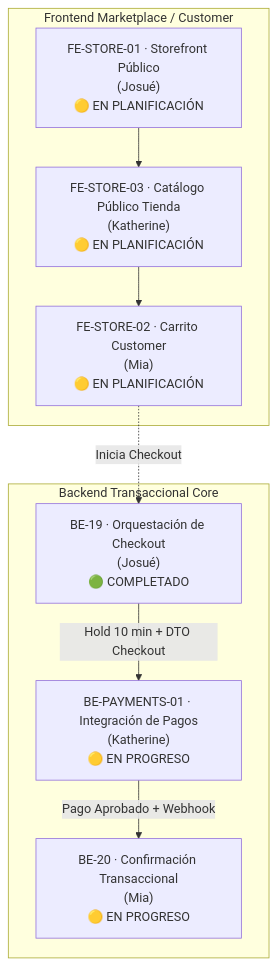
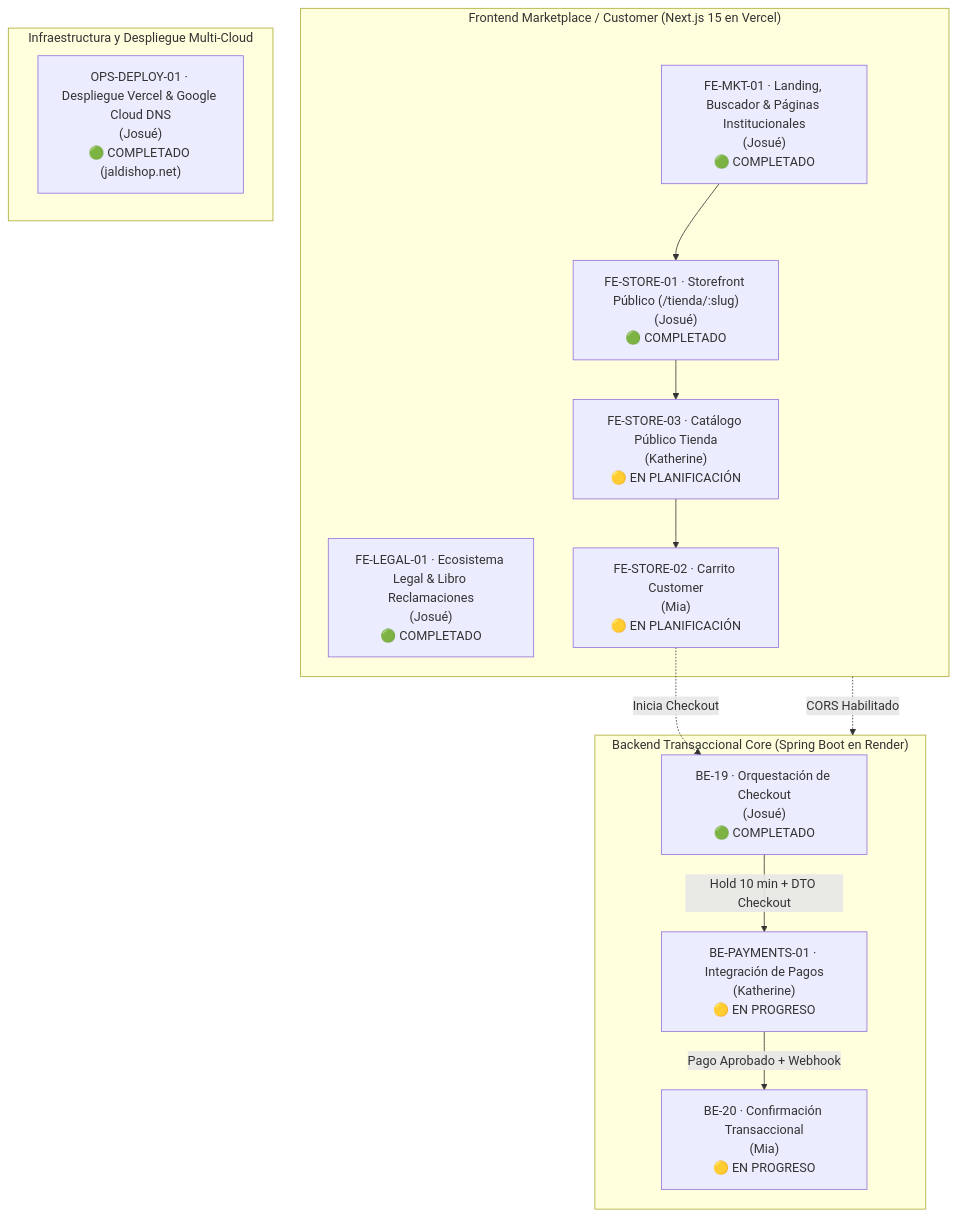
Before and after one commit to iJosueeh/jaldishop: the diagram in docs/06-scrum/sprint-04.md, drawn with Mermaid. The commit also changed other lines of this file and 114 other files, not shown here.

Commit message:
feat(merchant): complete onboarding flow, role sync, reactive auth signals and store lifecycle

````diff
--- a/docs/06-scrum/sprint-04.md
+++ b/docs/06-scrum/sprint-04.md
@@ -40,21 +43,30 @@
 ```mermaid
 flowchart TD
-    subgraph FRONTEND["Frontend Marketplace / Customer"]
-        FESTORE01["FE-STORE-01 · Storefront Público<br/>(Josué)<br/>🟡 EN PLANIFICACIÓN"]
+    subgraph FRONTEND["Frontend Marketplace / Customer (Next.js 15 en Vercel)"]
+        FEMKT01["FE-MKT-01 · Landing, Buscador & Páginas Institucionales<br/>(Josué)<br/>🟢 COMPLETADO"]
+        FELEGAL01["FE-LEGAL-01 · Ecosistema Legal & Libro Reclamaciones<br/>(Josué)<br/>🟢 COMPLETADO"]
+        FESTORE01["FE-STORE-01 · Storefront Público (/tienda/:slug)<br/>(Josué)<br/>🟢 COMPLETADO"]
         FESTORE03["FE-STORE-03 · Catálogo Público Tienda<br/>(Katherine)<br/>🟡 EN PLANIFICACIÓN"]
         FESTORE02["FE-STORE-02 · Carrito Customer<br/>(Mia)<br/>🟡 EN PLANIFICACIÓN"]
+        
+        FEMKT01 --> FESTORE01
         FESTORE01 --> FESTORE03
         FESTORE03 --> FESTORE02
     end
 
-    subgraph BACKEND_TRANSACCIONAL["Backend Transaccional Core"]
+    subgraph BACKEND_TRANSACCIONAL["Backend Transaccional Core (Spring Boot en Render)"]
         BE19["BE-19 · Orquestación de Checkout<br/>(Josué)<br/>🟢 COMPLETADO"]
         BEPAY01["BE-PAYMENTS-01 · Integración de Pagos<br/>(Katherine)<br/>🟡 EN PROGRESO"]
         BE20["BE-20 · Confirmación Transaccional<br/>(Mia)<br/>🟡 EN PROGRESO"]
         
         BE19 -->|Hold 10 min + DTO Checkout| BEPAY01
         BEPAY01 -->|Pago Aprobado + Webhook| BE20
     end
 
+    subgraph DEVOPS_CLOUD["Infraestructura y Despliegue Multi-Cloud"]
+        OPS01["OPS-DEPLOY-01 · Despliegue Vercel & Google Cloud DNS<br/>(Josué)<br/>🟢 COMPLETADO (jaldishop.net)"]
+    end
+
     FESTORE02 -. Inicia Checkout .-> BE19
+    FRONTEND -. CORS Habilitado .-> BACKEND_TRANSACCIONAL
 ```
````
